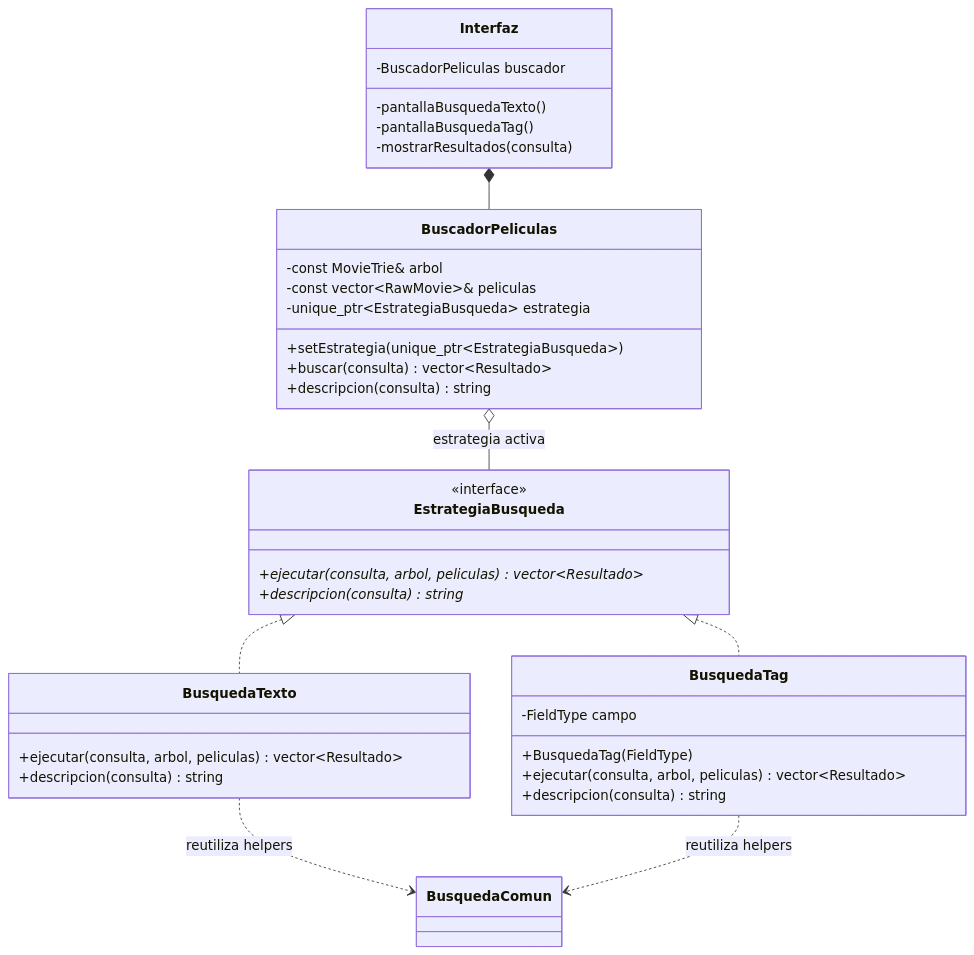
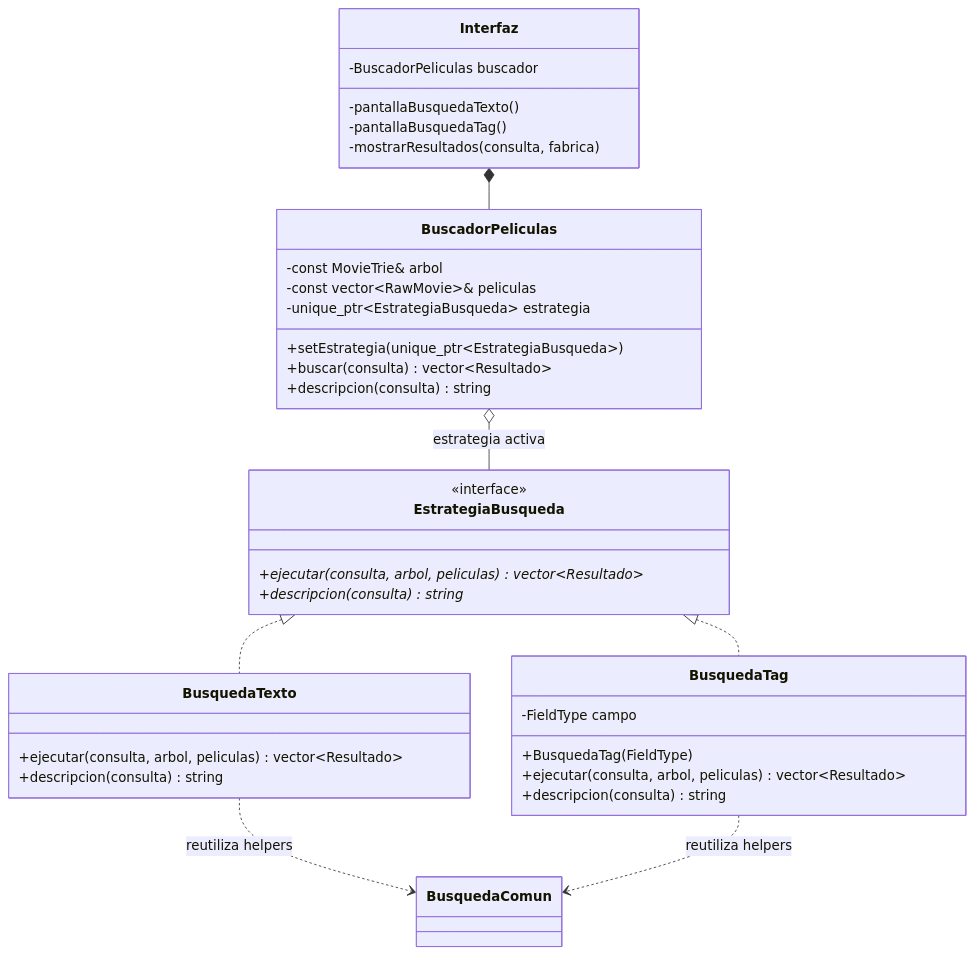
The second of 3 diagrams in docs/patrones_diseno.md (victorpalomino-lgtm/proyecto_final_progra3_1), drawn with Mermaid before and after one commit. The commit also changed other lines of this file, not shown here.

````diff
--- a/docs/patrones_diseno.md
+++ b/docs/patrones_diseno.md
@@ -129,38 +133,38 @@
 ```mermaid
 classDiagram
     class EstrategiaBusqueda {
         <<interface>>
         +ejecutar(consulta, arbol, peliculas)* vector~Resultado~
         +descripcion(consulta)* string
     }
     class BusquedaTexto {
         +ejecutar(consulta, arbol, peliculas) vector~Resultado~
         +descripcion(consulta) string
     }
     class BusquedaTag {
         -FieldType campo
         +BusquedaTag(FieldType)
         +ejecutar(consulta, arbol, peliculas) vector~Resultado~
         +descripcion(consulta) string
     }
     class BuscadorPeliculas {
         -const MovieTrie& arbol
         -const vector~RawMovie~& peliculas
         -unique_ptr~EstrategiaBusqueda~ estrategia
         +setEstrategia(unique_ptr~EstrategiaBusqueda~)
         +buscar(consulta) vector~Resultado~
         +descripcion(consulta) string
     }
     class Interfaz {
         -BuscadorPeliculas buscador
         -pantallaBusquedaTexto()
         -pantallaBusquedaTag()
-        -mostrarResultados(consulta)
+        -mostrarResultados(consulta, fabrica)
     }
     EstrategiaBusqueda <|.. BusquedaTexto
     EstrategiaBusqueda <|.. BusquedaTag
     BuscadorPeliculas o-- EstrategiaBusqueda : estrategia activa
     Interfaz *-- BuscadorPeliculas
     BusquedaTexto ..> BusquedaComun : reutiliza helpers
     BusquedaTag ..> BusquedaComun : reutiliza helpers
 ```
````
